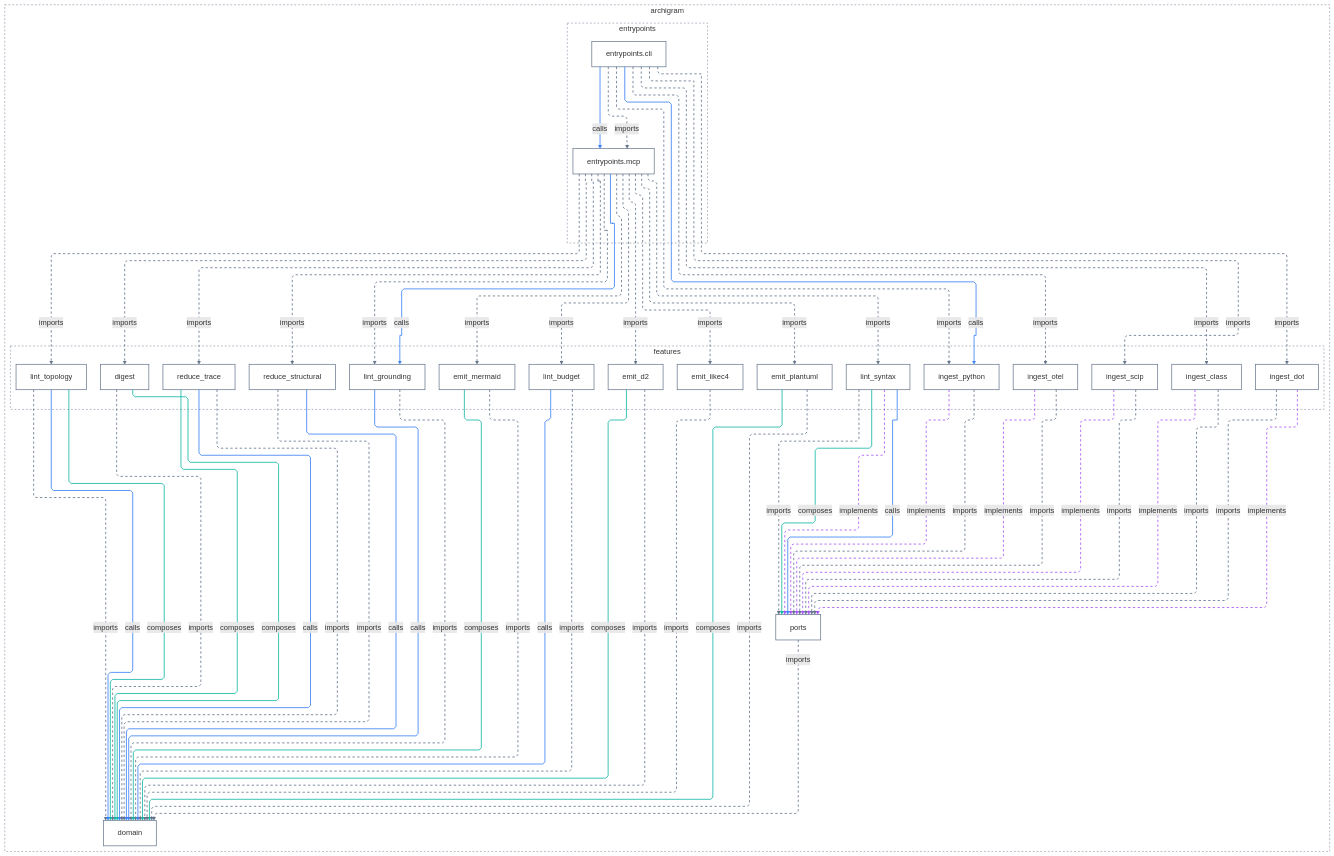
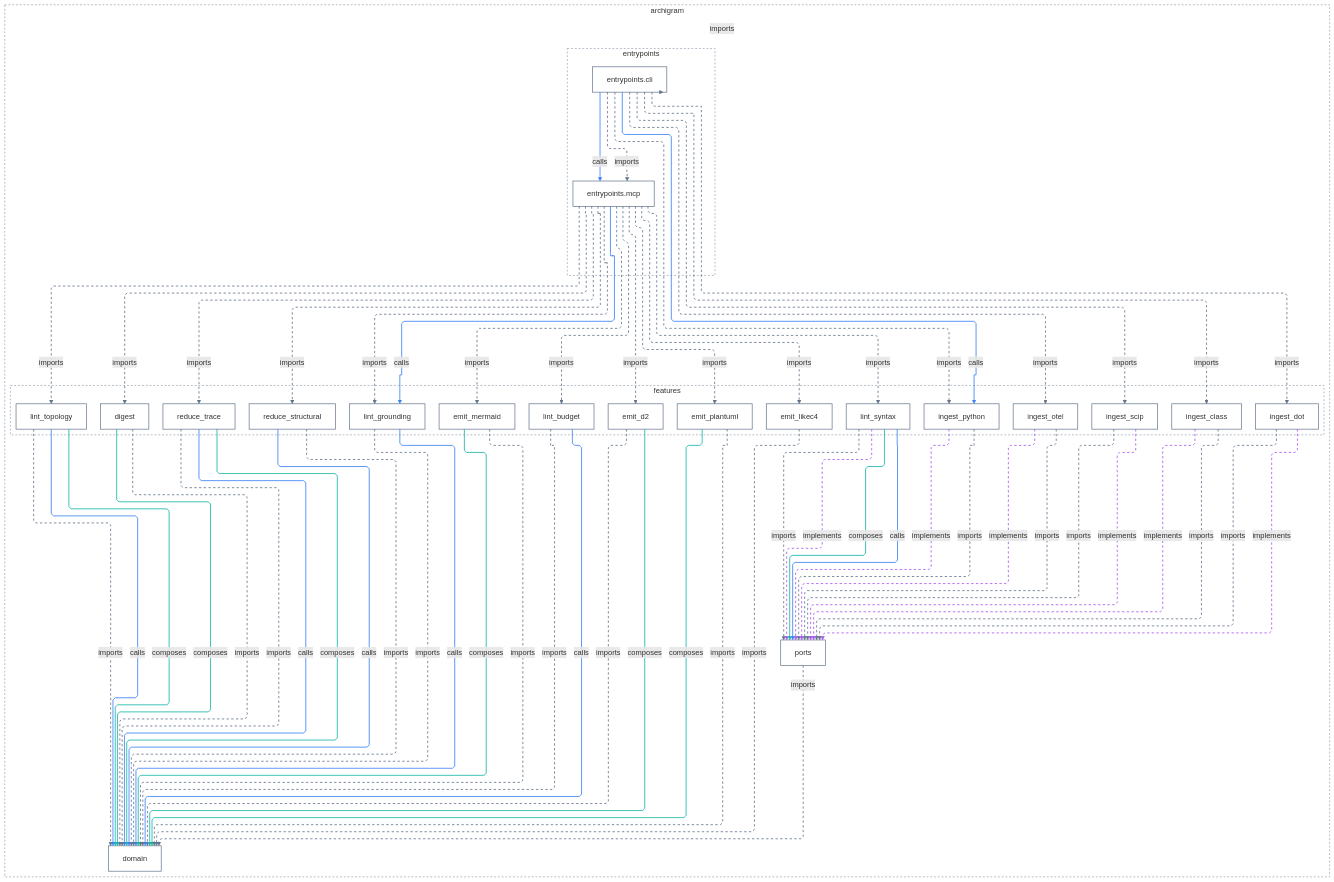
One commit to klcd/archigram changed the diagram in docs/architecture/L1-feature-slices.md. Above: the diagram before and after it, drawn with Mermaid. The commit also changed 39 other files, not shown here.

````diff
--- a/docs/architecture/L1-feature-slices.md
+++ b/docs/architecture/L1-feature-slices.md
@@ -87,6 +87,7 @@
   style n0 fill:transparent,stroke:#64748b,stroke-width:1px,stroke-dasharray:4 4
   style n1 fill:transparent,stroke:#64748b,stroke-width:1px,stroke-dasharray:4 4
   style n2 fill:transparent,stroke:#64748b,stroke-width:1px,stroke-dasharray:4 4
+  n9 -.->|"imports"| n0
   n10 -.->|"imports"| n3
   n19 -.->|"imports"| n4
   n7 -.->|"imports"| n4
@@ -143,8 +144,8 @@
   n18 -->|"composes"| n20
   n10 -.->|"imports"| n21
   n10 -.->|"imports"| n22
-  linkStyle 0,1,2,4,6,12,13,16,17,18,19,21,23,24,25,26,27,28,29,31,32,33,35,36,37,38,40,42,43,47,48,49,54,55 stroke:#64748b,stroke-width:1.75px,stroke-dasharray:5 5
-  linkStyle 3,7,10,14,15,20,53 stroke:#14b8a6,stroke-width:1.75px
-  linkStyle 5,8,9,11,22,30,34,39,51 stroke:#3b82f6,stroke-width:1.75px
-  linkStyle 41,44,45,46,50,52 stroke:#a855f7,stroke-width:1.75px,stroke-dasharray:5 5
+  linkStyle 0,1,2,3,5,7,13,14,17,18,19,20,22,24,25,26,27,28,29,30,32,33,34,36,37,38,39,41,43,44,48,49,50,55,56 stroke:#64748b,stroke-width:1.75px,stroke-dasharray:5 5
+  linkStyle 4,8,11,15,16,21,54 stroke:#14b8a6,stroke-width:1.75px
+  linkStyle 6,9,10,12,23,31,35,40,52 stroke:#3b82f6,stroke-width:1.75px
+  linkStyle 42,45,46,47,51,53 stroke:#a855f7,stroke-width:1.75px,stroke-dasharray:5 5
 ```
````
